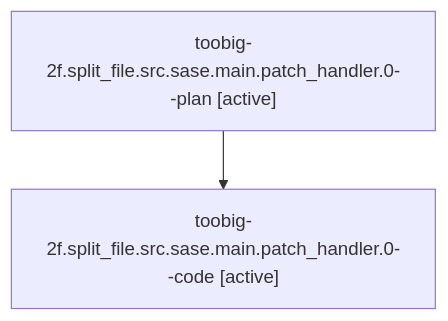
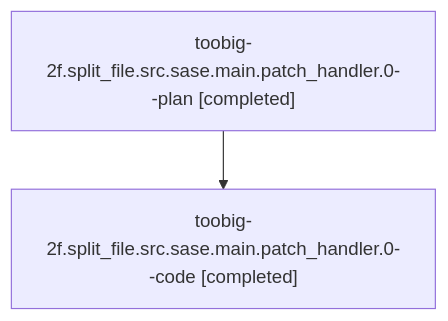
One commit to sase-org/sase--agents changed the diagram in families/bbugyi200.athena.toobig-2f.split_file.src.sase.main.patch_handler.0.md. Above: the diagram before and after it, drawn with Mermaid. The commit also changed other lines of this file and 18 other files, not shown here.

````diff
--- a/families/bbugyi200.athena.toobig-2f.split_file.src.sase.main.patch_handler.0.md
+++ b/families/bbugyi200.athena.toobig-2f.split_file.src.sase.main.patch_handler.0.md
@@ -9,6 +9,6 @@
 ```mermaid
 flowchart TD
-  n0["toobig-2f.split_file.src.sase.main.patch_handler.0--plan [active]"]
-  n1["toobig-2f.split_file.src.sase.main.patch_handler.0--code [active]"]
+  n0["toobig-2f.split_file.src.sase.main.patch_handler.0--plan [completed]"]
+  n1["toobig-2f.split_file.src.sase.main.patch_handler.0--code [completed]"]
   n0 --> n1
 ```
````
